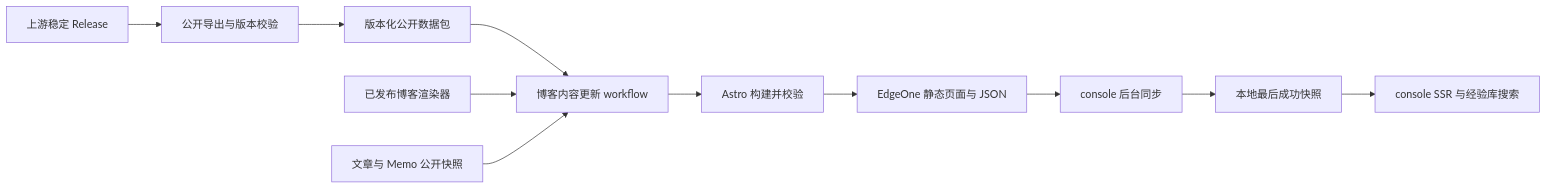
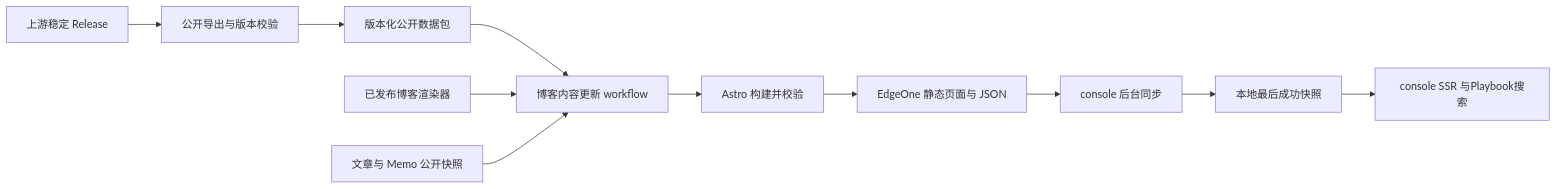
One commit to IvanLi-CN/blog-26 changed the diagram in docs/specs/style-playbook-integration/SPEC.md. Above: the diagram before and after it, drawn with Mermaid. The commit also changed other lines of this file and 14 other files, not shown here.

````diff
--- a/docs/specs/style-playbook-integration/SPEC.md
+++ b/docs/specs/style-playbook-integration/SPEC.md
@@ -28,13 +30,13 @@
 ```mermaid
 flowchart LR
   U[上游稳定 Release] --> E[公开导出与版本校验]
   E --> A[版本化公开数据包]
   A --> W[博客内容更新 workflow]
   B[已发布博客渲染器] --> W
   P[文章与 Memo 公开快照] --> W
   W --> S[Astro 构建并校验]
   S --> D[EdgeOne 静态页面与 JSON]
   D --> C[console 后台同步]
   C --> L[本地最后成功快照]
-  L --> R[console SSR 与经验库搜索]
+  L --> R[console SSR 与Playbook搜索]
 ```
````
